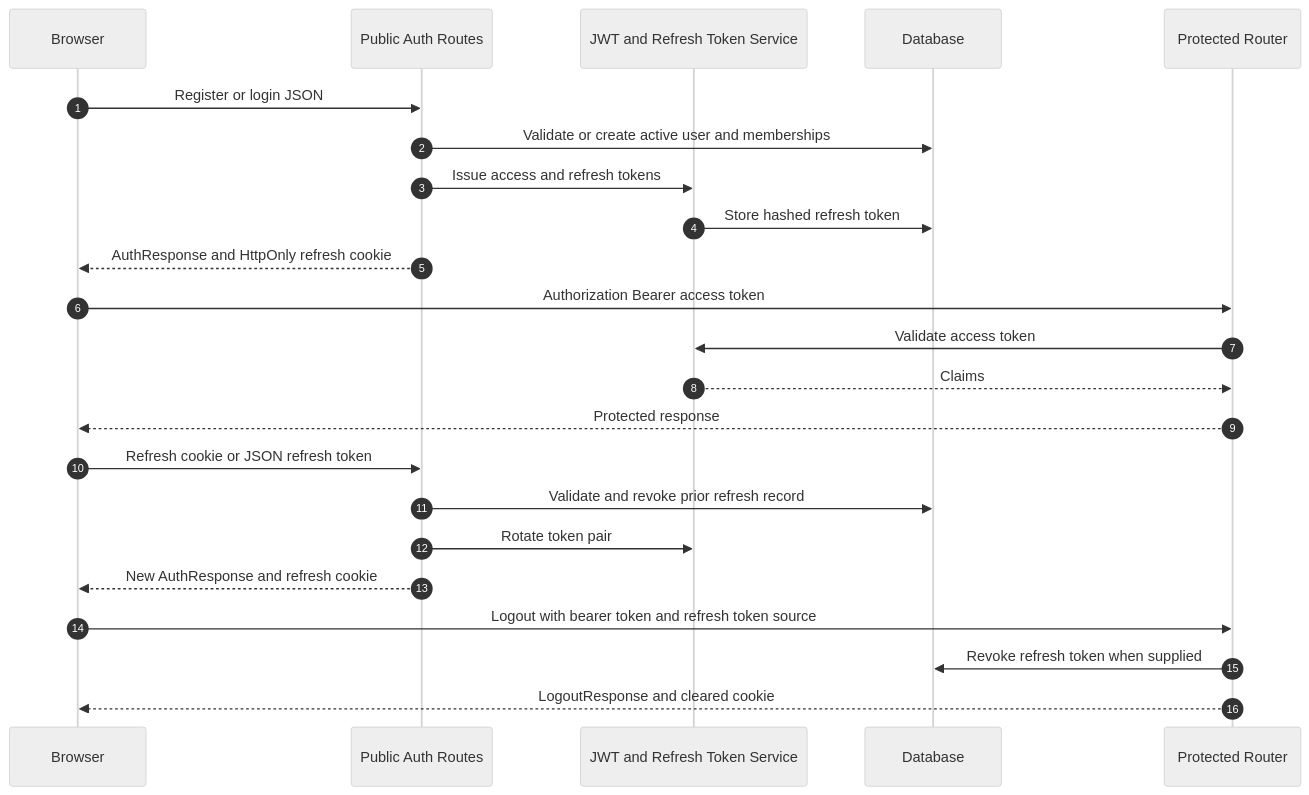
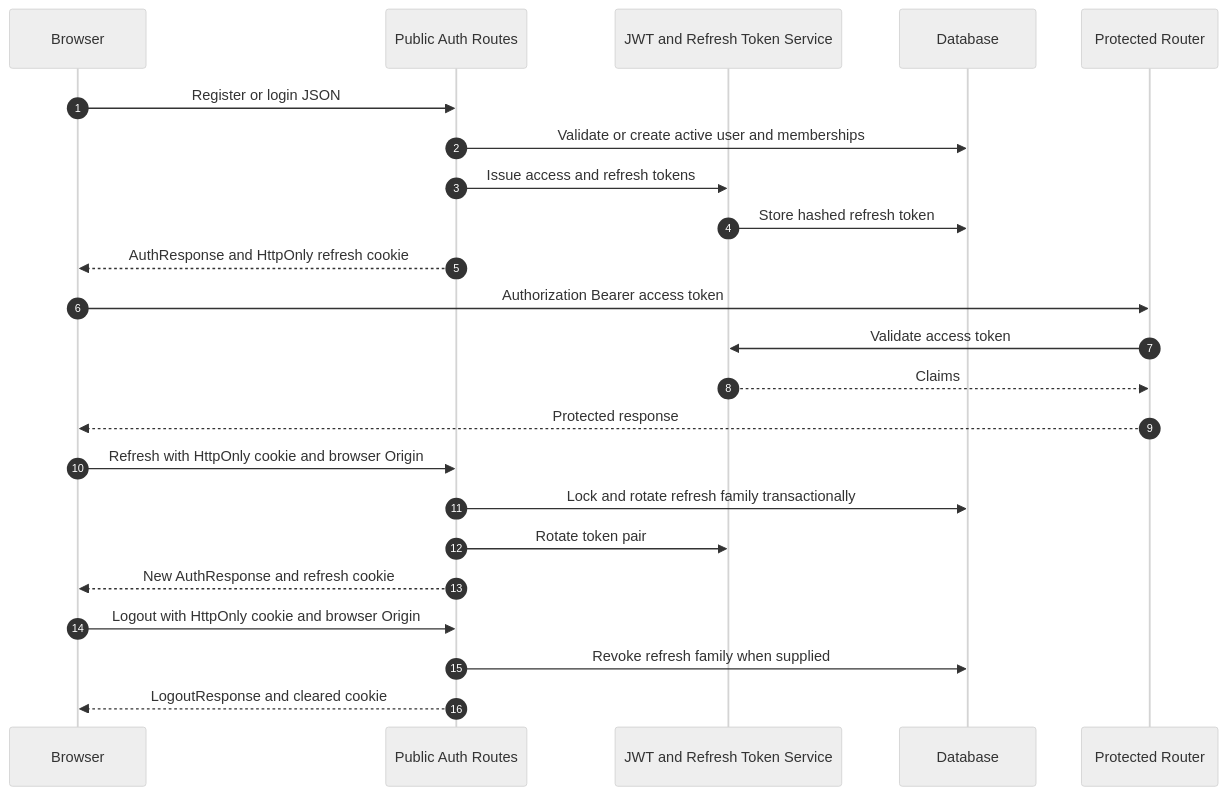
One commit to sasanzare/ZinharCMS changed the diagram in okf/api/diagrams/authentication-flow.mmd. Above: the diagram before and after it, drawn with Mermaid (neutral theme). The commit also changed 89 other files, not shown here.

First line of the commit message:
fix(security): complete phase 3 browser auth and preview hardening

```diff
--- a/okf/api/diagrams/authentication-flow.mmd
+++ b/okf/api/diagrams/authentication-flow.mmd
@@ -1,32 +1,32 @@
 %% Title: ZinharCMS Authentication Flow
 %% Phase: 6
 %% Status: verified
 %% Source evidence: backend/src/routes/auth.rs; backend/src/middleware/auth.rs; backend/src/services/jwt.rs; frontend/src/services/api.ts
 %% Related documentation: ../authentication.md; ../endpoints/authentication-and-session.md
 sequenceDiagram
     autonumber
     participant Browser
     participant AuthRoutes as Public Auth Routes
     participant Tokens as JWT and Refresh Token Service
     participant Database
     participant Protected as Protected Router
 
     Browser->>AuthRoutes: Register or login JSON
     AuthRoutes->>Database: Validate or create active user and memberships
     AuthRoutes->>Tokens: Issue access and refresh tokens
     Tokens->>Database: Store hashed refresh token
     AuthRoutes-->>Browser: AuthResponse and HttpOnly refresh cookie
 
     Browser->>Protected: Authorization Bearer access token
     Protected->>Tokens: Validate access token
     Tokens-->>Protected: Claims
     Protected-->>Browser: Protected response
 
-    Browser->>AuthRoutes: Refresh cookie or JSON refresh token
-    AuthRoutes->>Database: Validate and revoke prior refresh record
+    Browser->>AuthRoutes: Refresh with HttpOnly cookie and browser Origin
+    AuthRoutes->>Database: Lock and rotate refresh family transactionally
     AuthRoutes->>Tokens: Rotate token pair
     AuthRoutes-->>Browser: New AuthResponse and refresh cookie
 
-    Browser->>Protected: Logout with bearer token and refresh token source
-    Protected->>Database: Revoke refresh token when supplied
-    Protected-->>Browser: LogoutResponse and cleared cookie
+    Browser->>AuthRoutes: Logout with HttpOnly cookie and browser Origin
+    AuthRoutes->>Database: Revoke refresh family when supplied
+    AuthRoutes-->>Browser: LogoutResponse and cleared cookie
```
